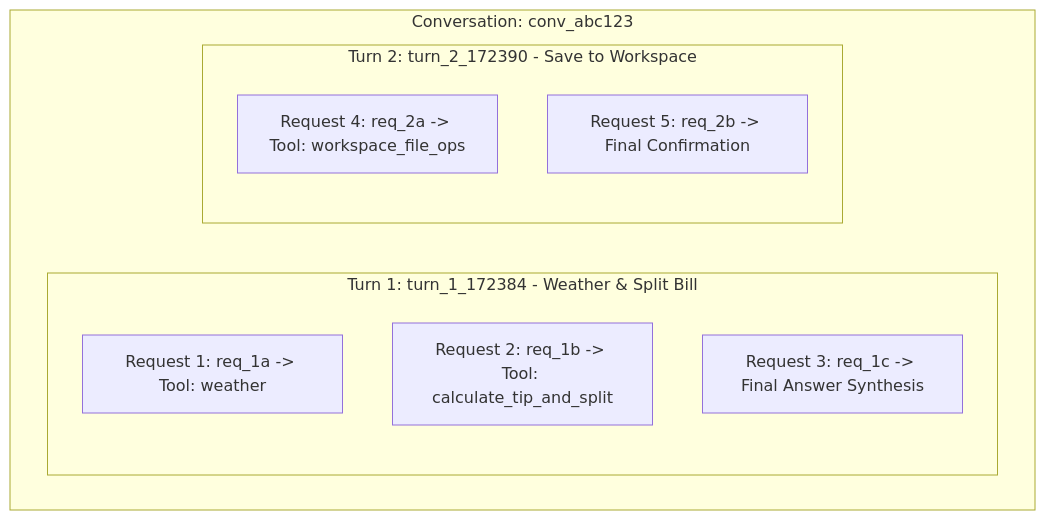
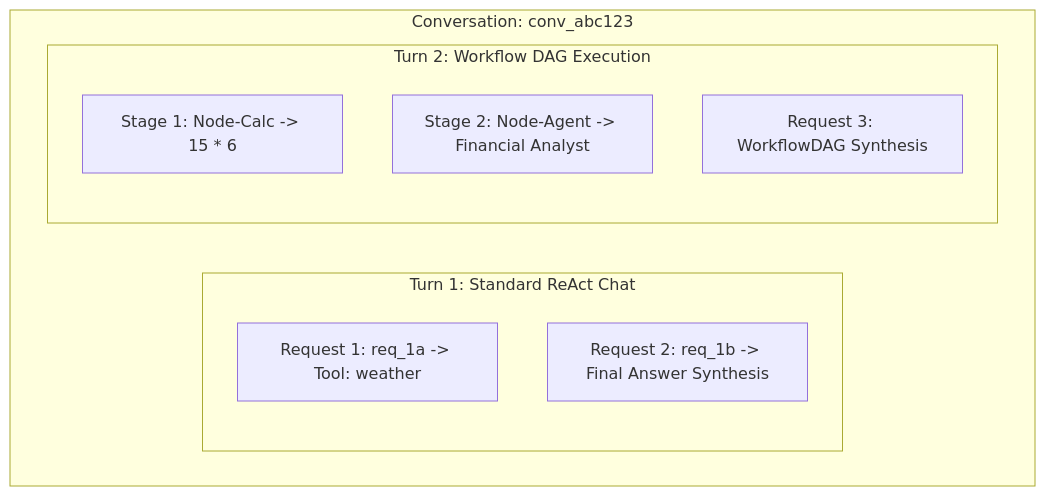
One commit to vdonthireddy/agentic-ai changed the third of 3 diagrams in README.md. Above: the diagram before and after it, drawn with Mermaid. The commit also changed other lines of this file and 8 other files, not shown here.

Commit message:
fix(observability): bridge chatbot workflow DAG runs to interaction audit logs and fix hierarchical tree null query

````diff
--- a/README.md
+++ b/README.md
@@ -351,14 +353,14 @@
 ```mermaid
 graph TD
     subgraph Conv["Conversation: conv_abc123"]
-        subgraph Turn1["Turn 1: turn_1_172384 - Weather & Split Bill"]
+        subgraph Turn1["Turn 1: Standard ReAct Chat"]
             R1["Request 1: req_1a -> Tool: weather"]
-            R2["Request 2: req_1b -> Tool: calculate_tip_and_split"]
-            R3["Request 3: req_1c -> Final Answer Synthesis"]
+            R2["Request 2: req_1b -> Final Answer Synthesis"]
         end
-        subgraph Turn2["Turn 2: turn_2_172390 - Save to Workspace"]
-            R4["Request 4: req_2a -> Tool: workspace_file_ops"]
-            R5["Request 5: req_2b -> Final Confirmation"]
+        subgraph Turn2["Turn 2: Workflow DAG Execution"]
+            D1["Stage 1: Node-Calc -> 15 * 6"]
+            D2["Stage 2: Node-Agent -> Financial Analyst"]
+            D3["Request 3: WorkflowDAG Synthesis"]
         end
     end
 ```
````
